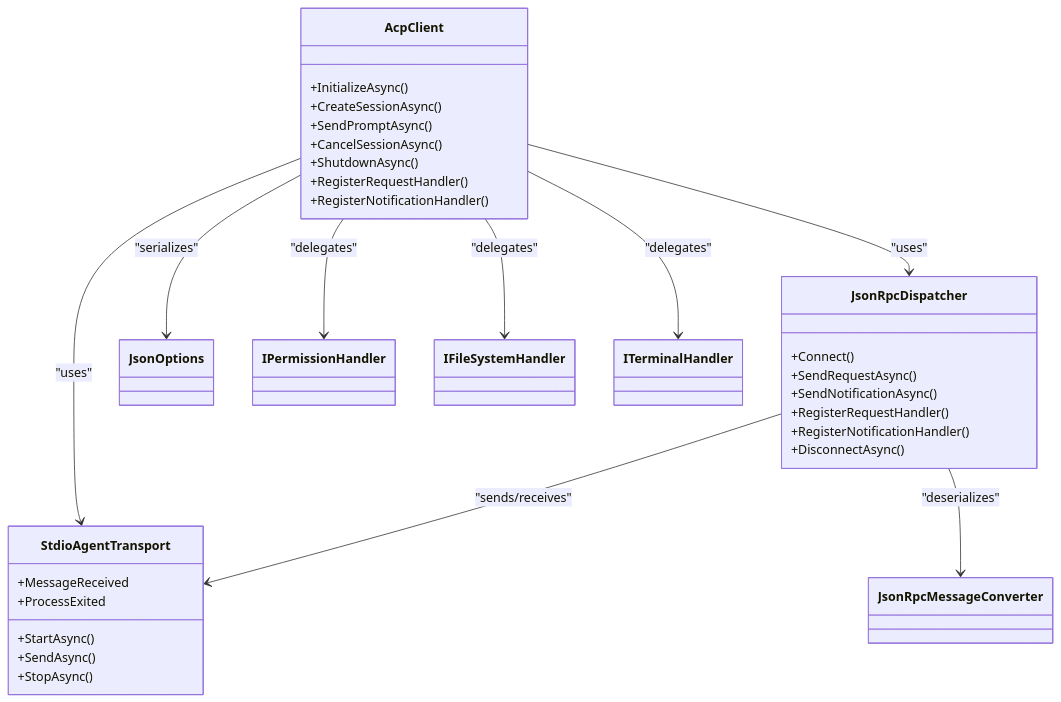
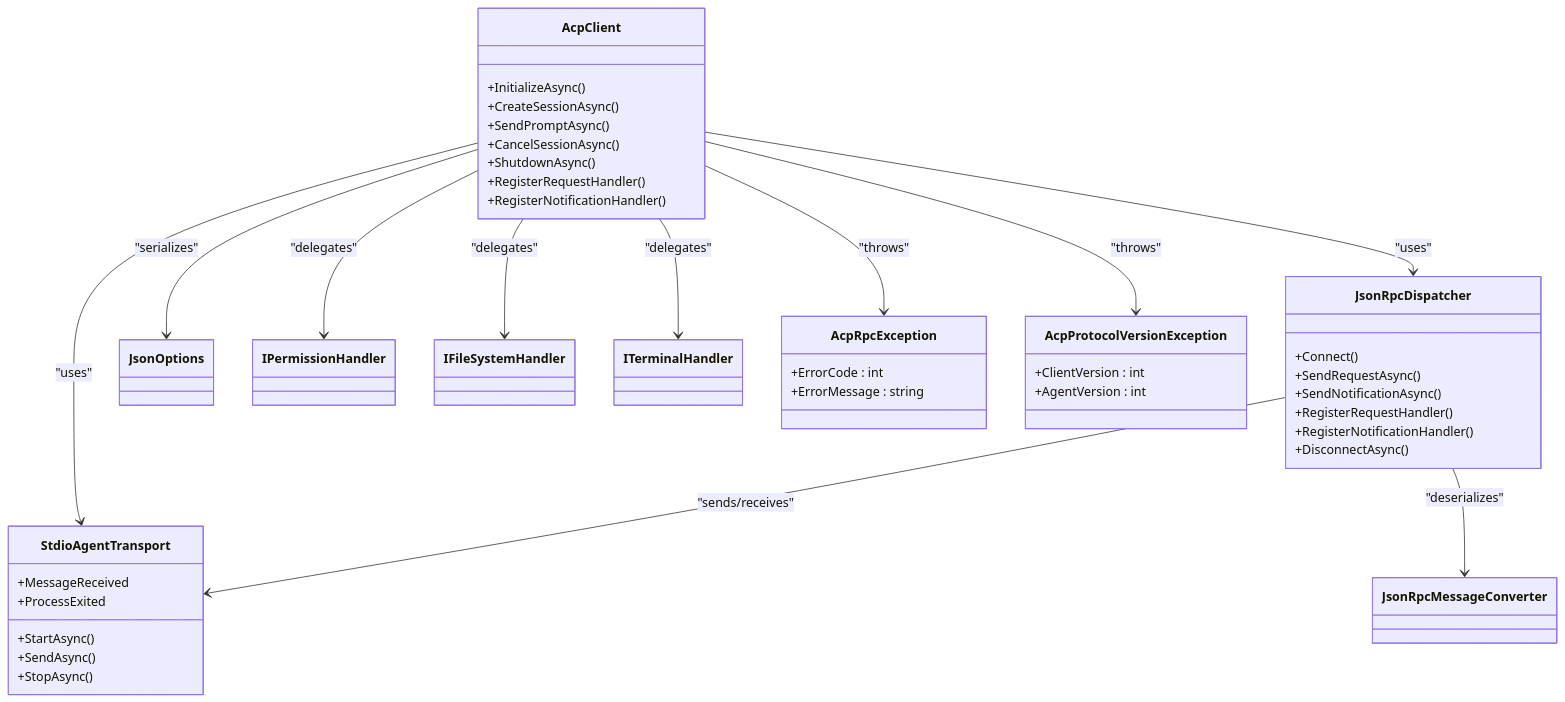
Before and after one commit to AgenticDesktop/ACPLibrary: the third of 4 diagrams in .qoder/repowiki/en/content/Troubleshooting Guide.md, drawn with Mermaid. The commit also changed other lines of this file and 59 other files, not shown here.

````diff
--- a/.qoder/repowiki/en/content/Troubleshooting Guide.md
+++ b/.qoder/repowiki/en/content/Troubleshooting Guide.md
@@ -265,40 +340,50 @@
 ```mermaid
 classDiagram
 class AcpClient {
 +InitializeAsync()
 +CreateSessionAsync()
 +SendPromptAsync()
 +CancelSessionAsync()
 +ShutdownAsync()
 +RegisterRequestHandler()
 +RegisterNotificationHandler()
 }
 class StdioAgentTransport {
 +StartAsync()
 +SendAsync()
 +StopAsync()
 +MessageReceived
 +ProcessExited
 }
 class JsonRpcDispatcher {
 +Connect()
 +SendRequestAsync()
 +SendNotificationAsync()
 +RegisterRequestHandler()
 +RegisterNotificationHandler()
 +DisconnectAsync()
 }
 class JsonRpcMessageConverter
 class JsonOptions
 class IPermissionHandler
 class IFileSystemHandler
 class ITerminalHandler
+class AcpRpcException {
++ErrorCode : int
++ErrorMessage : string
+}
+class AcpProtocolVersionException {
++ClientVersion : int
++AgentVersion : int
+}
 AcpClient --> StdioAgentTransport : "uses"
 AcpClient --> JsonRpcDispatcher : "uses"
 AcpClient --> IPermissionHandler : "delegates"
 AcpClient --> IFileSystemHandler : "delegates"
 AcpClient --> ITerminalHandler : "delegates"
+AcpClient --> AcpRpcException : "throws"
+AcpClient --> AcpProtocolVersionException : "throws"
 JsonRpcDispatcher --> StdioAgentTransport : "sends/receives"
 AcpClient --> JsonOptions : "serializes"
 JsonRpcDispatcher --> JsonRpcMessageConverter : "deserializes"
 ```
````
